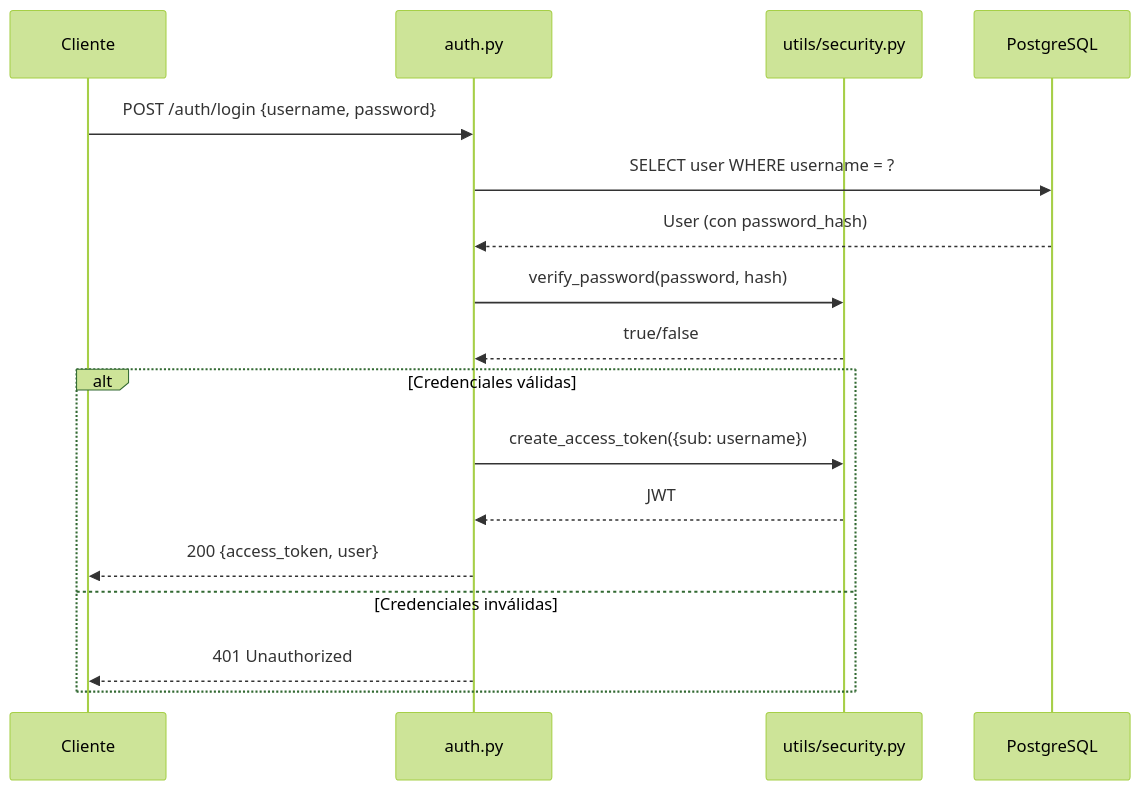
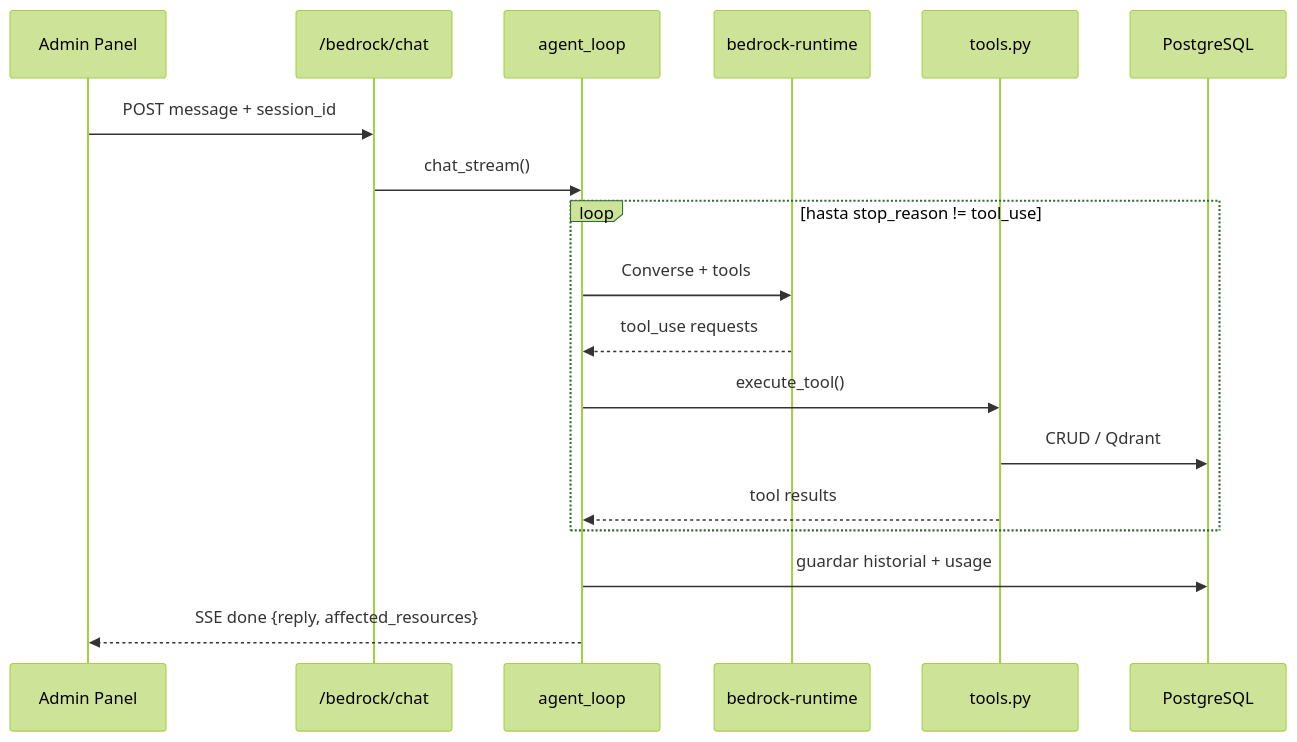
One commit to cjhirashi/cjhirashi-career changed the fifth of 5 diagrams in api/docs/ARCHITECTURE.md. Above: the diagram before and after it, drawn with Mermaid (forest theme). The commit also changed other lines of this file and 40 other files, not shown here.

````diff
--- a/api/docs/ARCHITECTURE.md
+++ b/api/docs/ARCHITECTURE.md
@@ -129,20 +253,21 @@
 ```mermaid
 sequenceDiagram
-    participant Cliente
-    participant Routes as auth.py
-    participant Security as utils/security.py
+    participant A as Admin Panel
+    participant R as /bedrock/chat
+    participant L as agent_loop
+    participant AWS as bedrock-runtime
+    participant T as tools.py
     participant DB as PostgreSQL
 
-    Cliente->>Routes: POST /auth/login {username, password}
-    Routes->>DB: SELECT user WHERE username = ?
-    DB-->>Routes: User (con password_hash)
-    Routes->>Security: verify_password(password, hash)
-    Security-->>Routes: true/false
-    alt Credenciales válidas
-        Routes->>Security: create_access_token({sub: username})
-        Security-->>Routes: JWT
-        Routes-->>Cliente: 200 {access_token, user}
-    else Credenciales inválidas
-        Routes-->>Cliente: 401 Unauthorized
+    A->>R: POST message + session_id
+    R->>L: chat_stream()
+    loop hasta stop_reason != tool_use
+        L->>AWS: Converse + tools
+        AWS-->>L: tool_use requests
+        L->>T: execute_tool()
+        T->>DB: CRUD / Qdrant
+        T-->>L: tool results
     end
+    L->>DB: guardar historial + usage
+    L-->>A: SSE done {reply, affected_resources}
 ```
````
